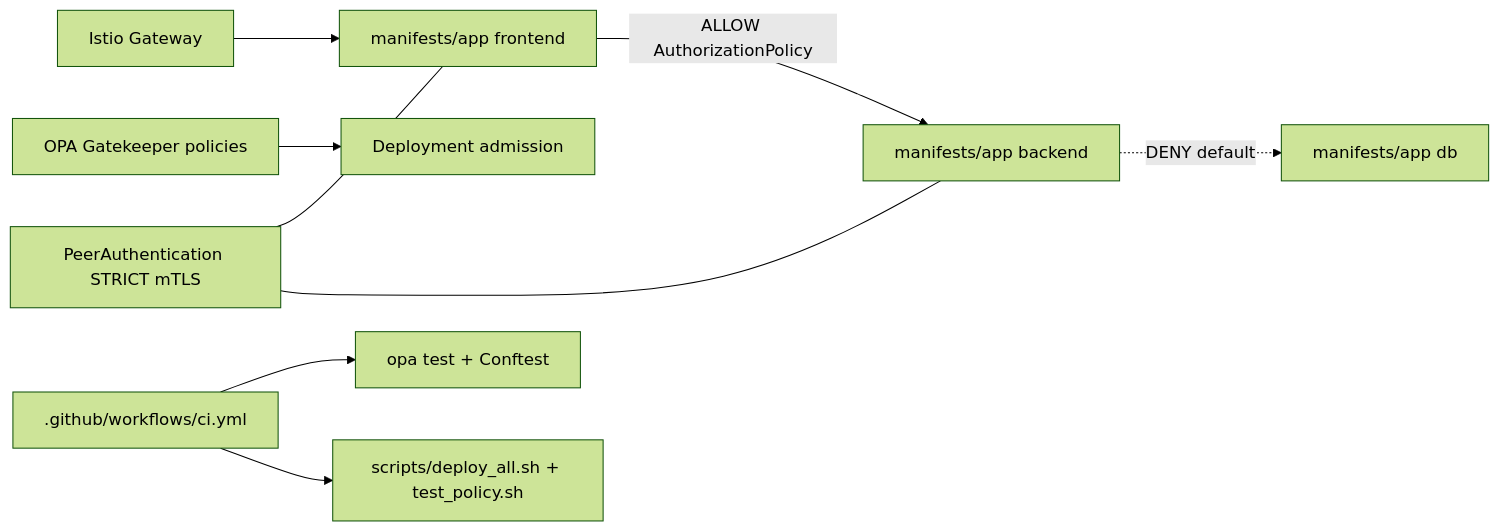
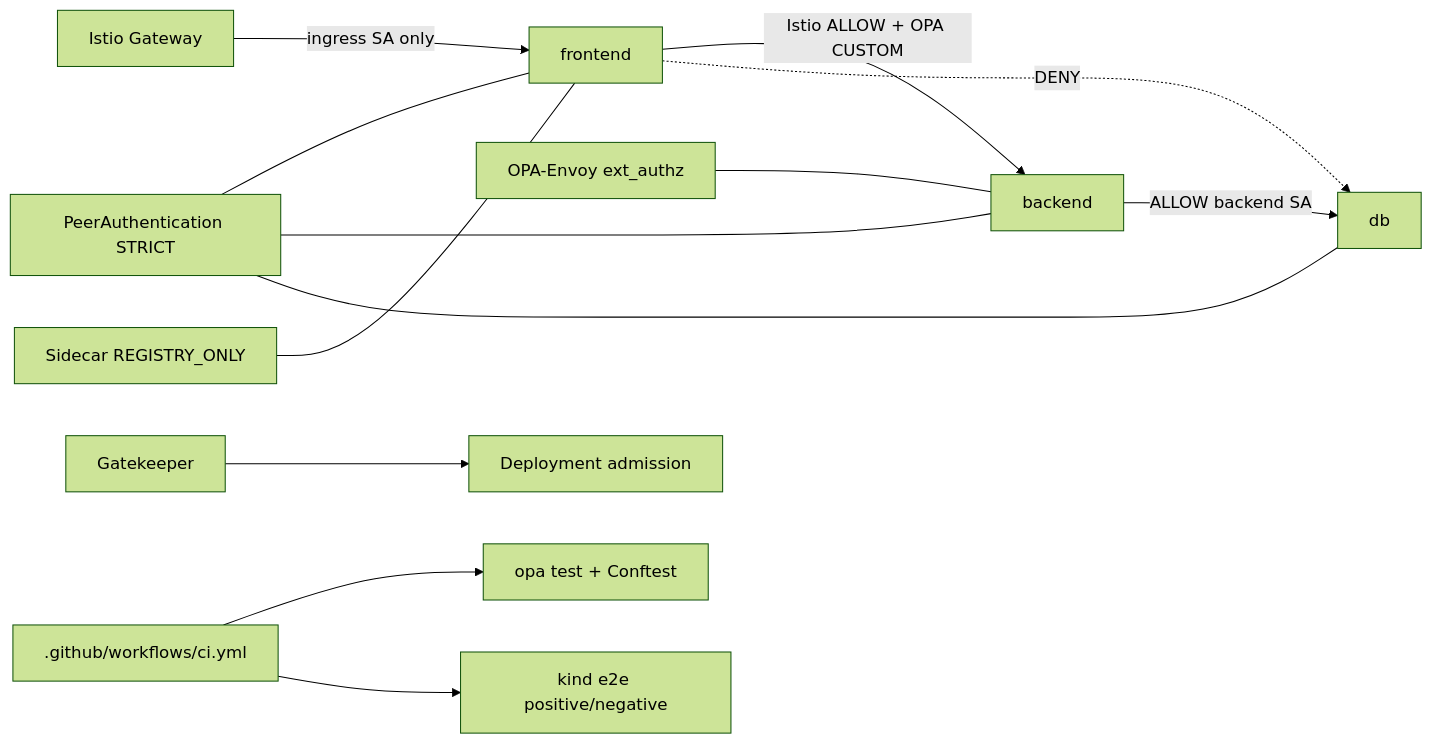
Before and after one commit to justrunme/zero-trust-istio-opa: the diagram in README.md, drawn with Mermaid (forest theme). The commit also changed other lines of this file and 23 other files, not shown here.

First line of the commit message:
feat: wire OPA as Istio external authorizer with zero-trust controls (#15)

````diff
--- a/README.md
+++ b/README.md
@@ -33,11 +37,15 @@
 ```mermaid
 flowchart LR
-  Ingress[Istio Gateway] --> FE[manifests/app frontend]
-  FE -->|ALLOW AuthorizationPolicy| BE[manifests/app backend]
-  BE -.->|DENY default| DB[manifests/app db]
-  Mesh[PeerAuthentication STRICT mTLS] --- FE
+  Ingress[Istio Gateway] -->|ingress SA only| FE[frontend]
+  FE -->|Istio ALLOW + OPA CUSTOM| BE[backend]
+  BE -->|ALLOW backend SA| DB[db]
+  FE -.->|DENY| DB
+  Mesh[PeerAuthentication STRICT] --- FE
   Mesh --- BE
-  GK[OPA Gatekeeper policies] --> Admit[Deployment admission]
-  CI[.github/workflows/ci.yml] --> OPA[opa test + Conftest]
-  CI --> E2E[scripts/deploy_all.sh + test_policy.sh]
+  Mesh --- DB
+  OPA[OPA-Envoy ext_authz] --- BE
+  Egress[Sidecar REGISTRY_ONLY] --- FE
+  GK[Gatekeeper] --> Admit[Deployment admission]
+  CI[.github/workflows/ci.yml] --> Unit[opa test + Conftest]
+  CI --> E2E[kind e2e positive/negative]
 ```
````
